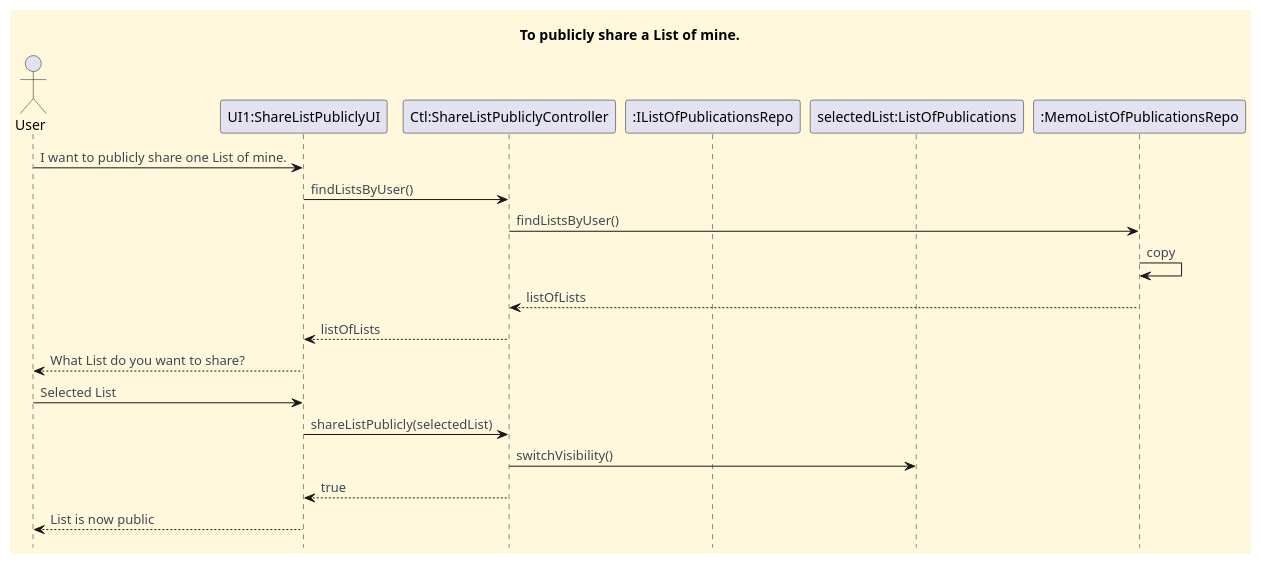
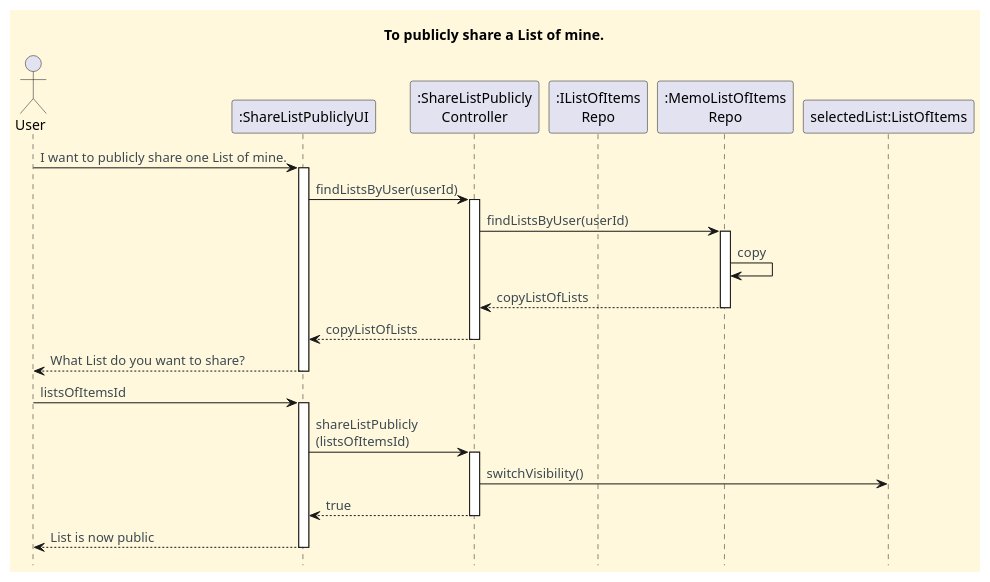
One commit to CarolinaLeite-collab/JavaMarketplacePlatform changed the diagram in docs/functionalities/user/publicly-share-list-of-mine/To_Publicly_Share_A_List_Of_Mine_SD.puml. Above: the diagram before and after it, drawn with PlantUML. The commit also changed 1 other file, not shown here.

Commit message:
task: design update to PubliclyShareAListOfMine funtionality diagrams, #615

```diff
--- a/docs/functionalities/user/publicly-share-list-of-mine/To_Publicly_Share_A_List_Of_Mine_SD.puml
+++ b/docs/functionalities/user/publicly-share-list-of-mine/To_Publicly_Share_A_List_Of_Mine_SD.puml
@@ -1,42 +1,53 @@
 @startuml
 'https://plantuml.com/sequence-diagram
 hide footbox
 title To publicly share a List of mine.
 
 
 '==== basic style ====
 skinparam monochrome false
 skinparam shadowing false
 skinparam defaultFontName Futura
 skinparam objectFontSize 20
 skinparam backgroundColor CornSilk
 skinparam objectBackgroundColor WhiteSmoke
 skinparam noteBackgroundColor #FFFFE0
 skinparam ArrowFontColor #3B4953
 skinparam ActivationBackgroundColor black
 
 
 actor User
-participant "UI1:ShareListPubliclyUI"
-participant "Ctl:ShareListPubliclyController"
-participant ":IListOfPublicationsRepo"
-participant "selectedList:ListOfPublications"
+participant ":ShareListPubliclyUI" as UI
+participant ":ShareListPublicly\nController" as Ctl
+participant ":IListOfItems\nRepo" as IListsRepo
+participant ":MemoListOfItems\nRepo" as MemListsRepo
+participant "selectedList:ListOfItems" as list
 
 
-User -> "UI1:ShareListPubliclyUI" : I want to publicly share one List of mine.
-"UI1:ShareListPubliclyUI" -> "Ctl:ShareListPubliclyController" : findListsByUser()
-"Ctl:ShareListPubliclyController" -> ":MemoListOfPublicationsRepo" : findListsByUser()
-":MemoListOfPublicationsRepo" -> ":MemoListOfPublicationsRepo" : copy
-":MemoListOfPublicationsRepo" --> "Ctl:ShareListPubliclyController" : listOfLists
-"Ctl:ShareListPubliclyController" --> "UI1:ShareListPubliclyUI" : listOfLists
-"UI1:ShareListPubliclyUI" --> User : What List do you want to share?
-User -> "UI1:ShareListPubliclyUI" : Selected List
-"UI1:ShareListPubliclyUI" -> "Ctl:ShareListPubliclyController" : shareListPublicly(selectedList)
-"Ctl:ShareListPubliclyController" -> "selectedList:ListOfPublications" : switchVisibility()
-"Ctl:ShareListPubliclyController" --> "UI1:ShareListPubliclyUI" : true
-"UI1:ShareListPubliclyUI" --> User : List is now public
+User -> UI : I want to publicly share one List of mine.
+activate UI
+UI -> Ctl : findListsByUser(userId)
+activate Ctl
+Ctl -> MemListsRepo : findListsByUser(userId)
+activate MemListsRepo
+MemListsRepo -> MemListsRepo : copy
+MemListsRepo --> Ctl : copyListOfLists
+deactivate MemListsRepo
+Ctl --> UI : copyListOfLists
+deactivate Ctl
+UI --> User : What List do you want to share?
+deactivate UI
+User -> UI : listsOfItemsId
+activate UI
+UI -> Ctl : shareListPublicly\n(listsOfItemsId)
+activate Ctl
+Ctl -> list: switchVisibility()
+Ctl --> UI : true
+deactivate Ctl
+UI --> User : List is now public
+deactivate UI
 
 
 
 
 @enduml
```
